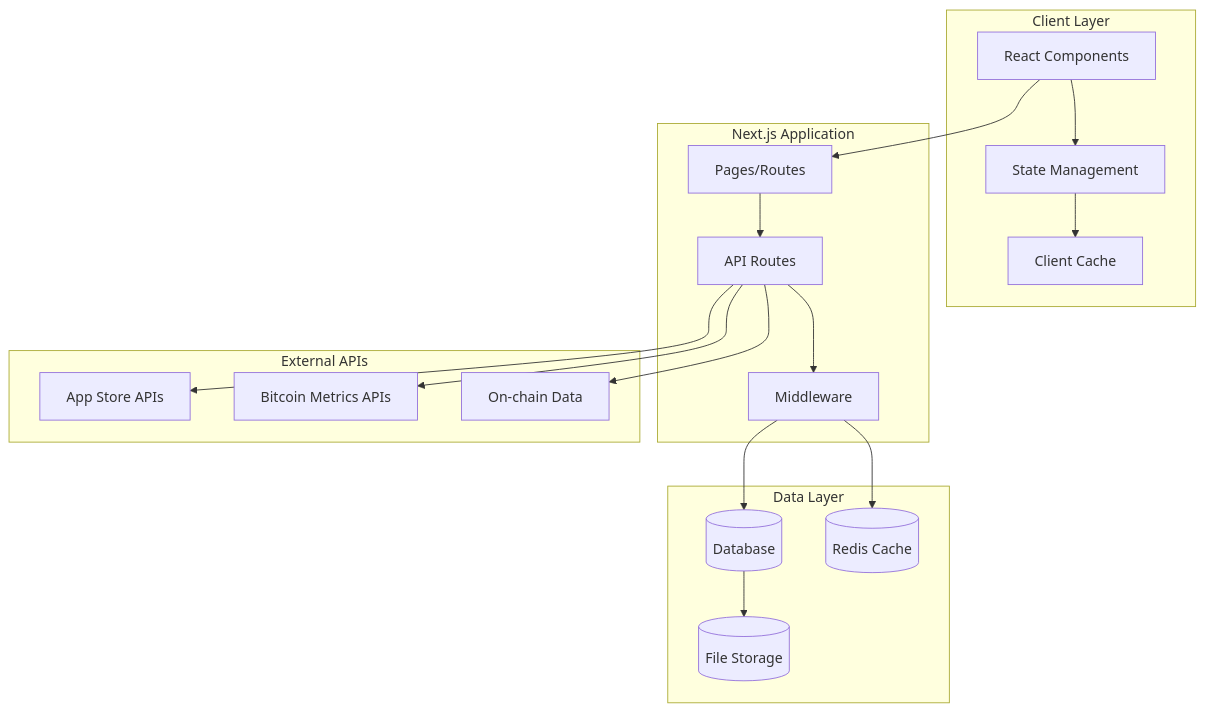
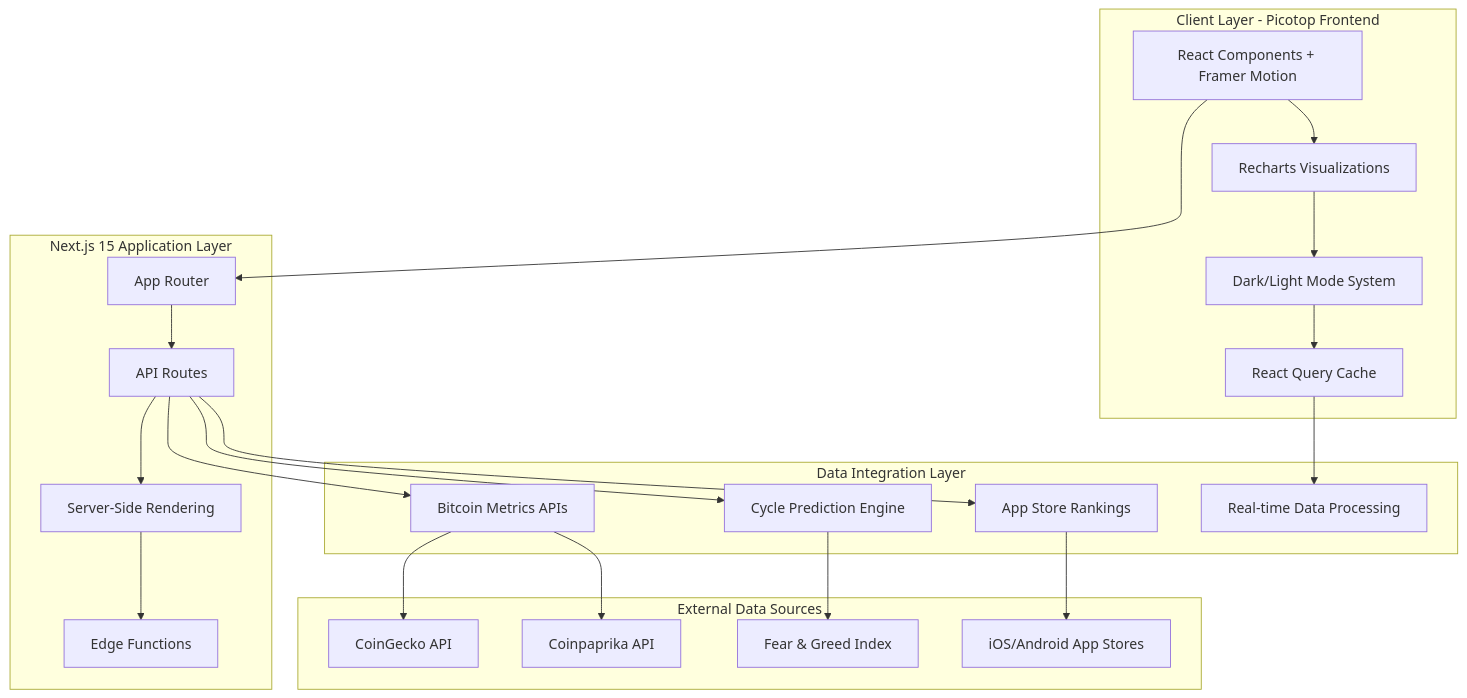
One commit to oxnr/picotop changed the first of 14 diagrams in ARCHITECTURE.md. Above: the diagram before and after it, drawn with Mermaid. The commit also changed other lines of this file and 12 other files, not shown here.

````diff
--- a/ARCHITECTURE.md
+++ b/ARCHITECTURE.md
@@ -9,38 +9,46 @@
 ```mermaid
 graph TB
-    subgraph "Client Layer"
-        UI[React Components]
-        State[State Management]
-        Cache[Client Cache]
+    subgraph "Client Layer - Picotop Frontend"
+        UI[React Components + Framer Motion]
+        Charts[Recharts Visualizations]
+        Theme[Dark/Light Mode System]
+        Cache[React Query Cache]
     end
     
-    subgraph "Next.js Application"
-        Pages[Pages/Routes]
+    subgraph "Next.js 15 Application Layer"
+        AppRouter[App Router]
         API[API Routes]
-        MW[Middleware]
+        SSR[Server-Side Rendering]
+        EdgeFunctions[Edge Functions]
     end
     
-    subgraph "Data Layer"
-        DB[(Database)]
-        Redis[(Redis Cache)]
-        Storage[(File Storage)]
+    subgraph "Data Integration Layer"
+        BitcoinAPI[Bitcoin Metrics APIs]
+        AppStoreAPI[App Store Rankings]
+        PredictionEngine[Cycle Prediction Engine]
+        RealTimeData[Real-time Data Processing]
     end
     
-    subgraph "External APIs"
-        AppStore[App Store APIs]
-        Bitcoin[Bitcoin Metrics APIs]
-        OnChain[On-chain Data]
+    subgraph "External Data Sources"
+        CoinGecko[CoinGecko API]
+        Coinpaprika[Coinpaprika API]
+        FearGreed[Fear & Greed Index]
+        AppStore[iOS/Android App Stores]
     end
     
-    UI --> State
-    State --> Cache
-    UI --> Pages
-    Pages --> API
-    API --> MW
-    MW --> DB
-    MW --> Redis
-    API --> AppStore
-    API --> Bitcoin
-    API --> OnChain
-    DB --> Storage
+    UI --> Charts
+    Charts --> Theme
+    Theme --> Cache
+    UI --> AppRouter
+    AppRouter --> API
+    API --> SSR
+    SSR --> EdgeFunctions
+    API --> BitcoinAPI
+    API --> AppStoreAPI
+    API --> PredictionEngine
+    BitcoinAPI --> CoinGecko
+    BitcoinAPI --> Coinpaprika
+    AppStoreAPI --> AppStore
+    PredictionEngine --> FearGreed
+    Cache --> RealTimeData
 ```
````
